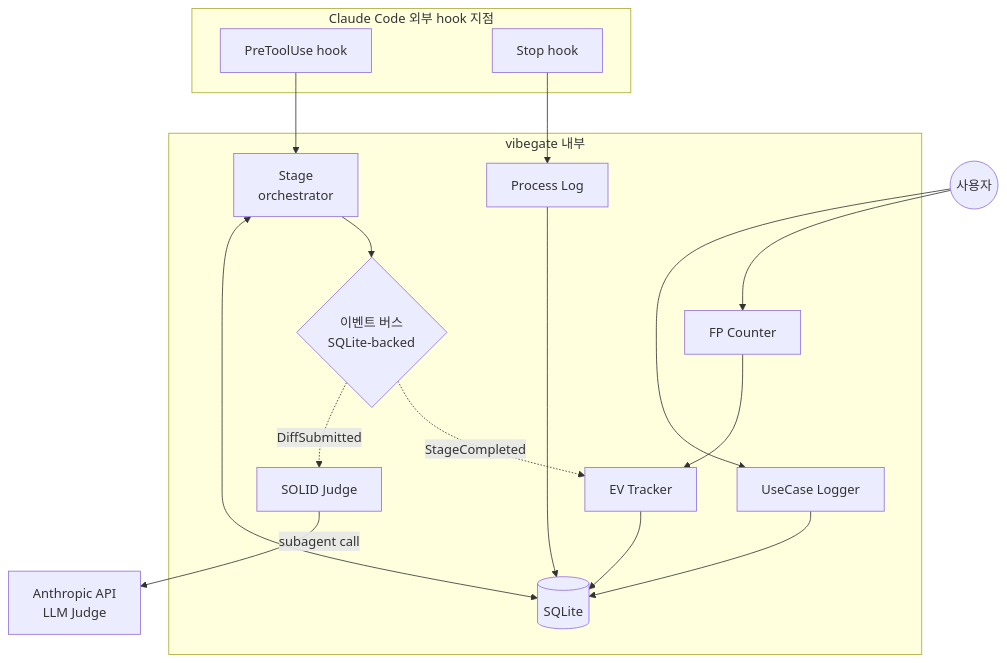
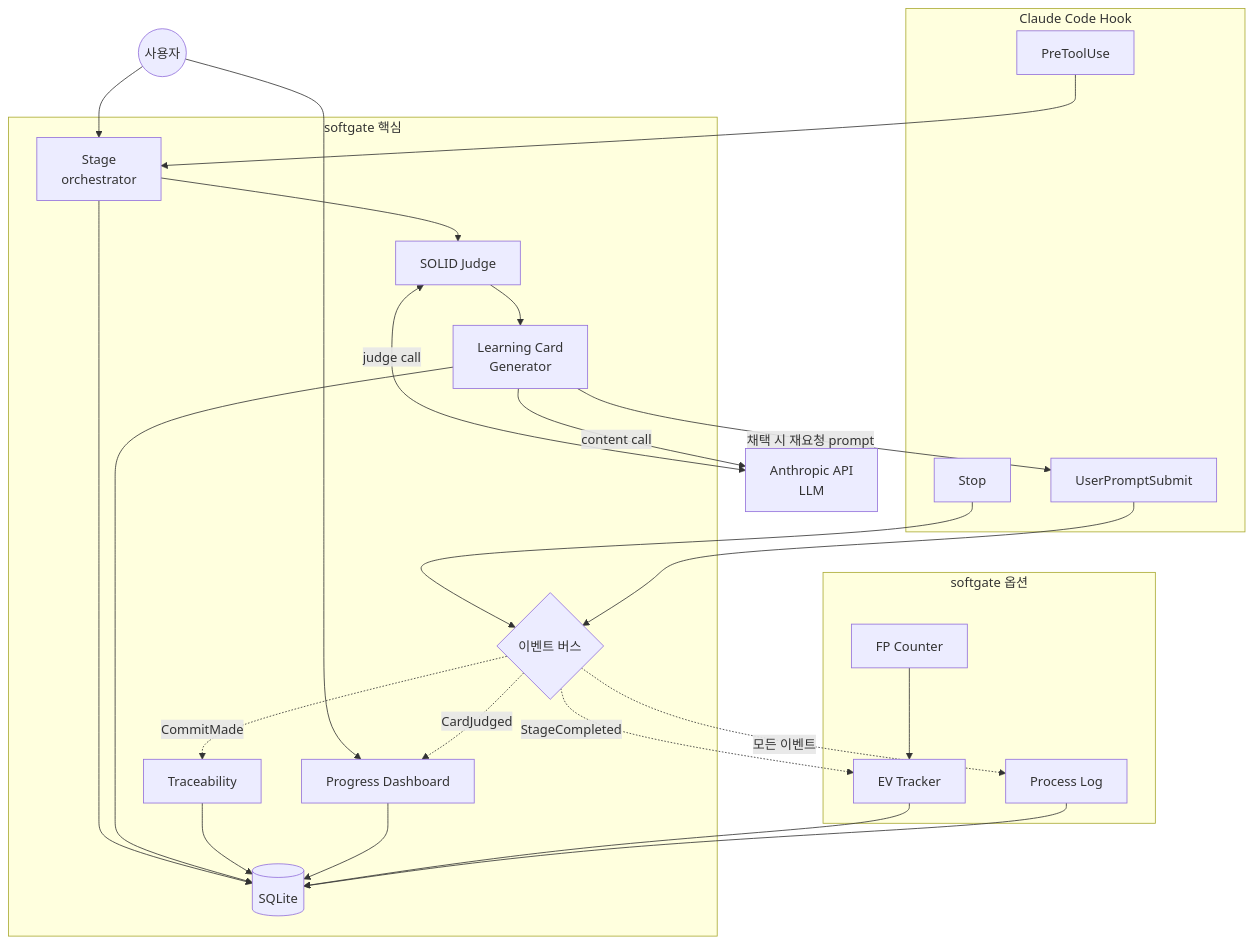
One commit to YujunOh/NaN-SE changed the second of 4 diagrams in docs/ARCHITECTURE.md. Above: the diagram before and after it, drawn with Mermaid. The commit also changed other lines of this file, not shown here.

Commit message:
docs(architecture): 4 core modules + Learning Card flow + new SQLite schema

````diff
--- a/docs/ARCHITECTURE.md
+++ b/docs/ARCHITECTURE.md
@@ -64,36 +63,52 @@
 ```mermaid
 flowchart TB
     User((사용자))
-    AnthropicAPI[Anthropic API<br/>LLM Judge]
+    AnthropicAPI[Anthropic API<br/>LLM]
 
-    subgraph "Claude Code 외부 hook 지점"
-        Hook1[PreToolUse hook]
-        Hook2[Stop hook]
+    subgraph "Claude Code Hook"
+        Hook1[PreToolUse]
+        Hook2[Stop]
+        Hook3[UserPromptSubmit]
     end
 
-    subgraph "vibegate 내부"
+    subgraph "softgate 핵심"
         SG[Stage<br/>orchestrator]
-        PL[Process Log]
         SJ[SOLID Judge]
-        UL[UseCase Logger]
+        LC[Learning Card<br/>Generator]
+        TR[Traceability]
+        PD[Progress Dashboard]
+        DB[(SQLite)]
+        Bus{이벤트 버스}
+    end
+
+    subgraph "softgate 옵션"
         EV[EV Tracker]
         FP[FP Counter]
-        DB[(SQLite)]
-        Bus{이벤트 버스<br/>SQLite-backed}
+        PL[Process Log]
     end
 
-    User --> UL
-    User --> FP
+    User --> SG
+    User --> PD
     Hook1 --> SG
-    Hook2 --> PL
+    Hook2 --> Bus
+    Hook3 --> Bus
 
-    SG <--> DB
-    SG --> Bus
-    Bus -.DiffSubmitted.-> SJ
+    SG --> DB
+    SG --> SJ
+    SJ --> LC
+    SJ <-->|judge call| AnthropicAPI
+    LC -->|content call| AnthropicAPI
+    LC --> DB
+    LC -->|채택 시 재요청 prompt| Hook3
+
+    Bus -.CommitMade.-> TR
+    Bus -.CardJudged.-> PD
     Bus -.StageCompleted.-> EV
-    SJ -->|subagent call| AnthropicAPI
-    UL --> DB
-    PL --> DB
+    Bus -.모든 이벤트.-> PL
+
+    TR --> DB
+    PD --> DB
     EV --> DB
     FP --> EV
+    PL --> DB
 ```
````
